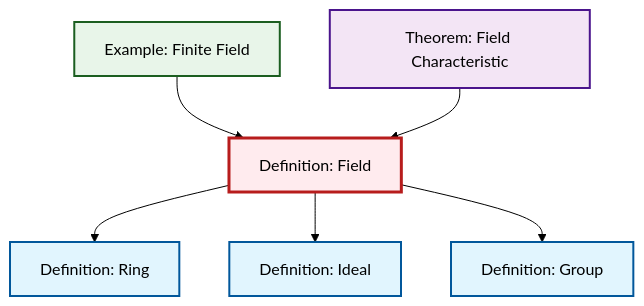
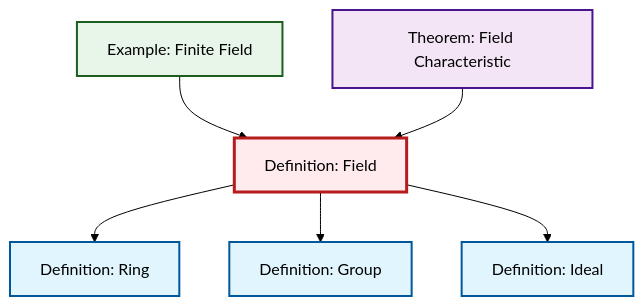
One commit to RK0429/ModernMath changed the diagram in content/ja/algebra/def-field.qmd. Above: the diagram before and after it, drawn with Mermaid (forest theme). The commit also changed other lines of this file and 417 other files, not shown here.

````diff
--- a/content/ja/algebra/def-field.qmd
+++ b/content/ja/algebra/def-field.qmd
@@ -57,26 +57,26 @@
 ```{mermaid}
 %%| fig-cap: "Local dependency graph"
 graph TD
     classDef definition fill:#e1f5fe,stroke:#01579b,stroke-width:2px
     classDef theorem fill:#f3e5f5,stroke:#4a148c,stroke-width:2px
     classDef axiom fill:#fff3e0,stroke:#e65100,stroke-width:2px
     classDef example fill:#e8f5e9,stroke:#1b5e20,stroke-width:2px
     classDef current fill:#ffebee,stroke:#b71c1c,stroke-width:3px
-    def-ideal["Definition: Ideal"]:::definition
     ex-finite-field["Example: Finite Field"]:::example
-    def-group["Definition: Group"]:::definition
     def-field["Definition: Field"]:::definition
     thm-field-characteristic["Theorem: Field Characteristic"]:::theorem
+    def-ideal["Definition: Ideal"]:::definition
+    def-group["Definition: Group"]:::definition
     def-ring["Definition: Ring"]:::definition
     def-field --> def-ring
     ex-finite-field --> def-field
+    def-field --> def-group
     def-field --> def-ideal
-    def-field --> def-group
     thm-field-characteristic --> def-field
     class def-field current
+    click ex-finite-field "ex-finite-field.html" "Example: Finite Fieldへ"
+    click thm-field-characteristic "thm-field-characteristic.html" "Theorem: Field Characteristicへ"
     click def-ideal "def-ideal.html" "Definition: Idealへ"
-    click ex-finite-field "ex-finite-field.html" "Example: Finite Fieldへ"
     click def-group "def-group.html" "Definition: Groupへ"
-    click thm-field-characteristic "thm-field-characteristic.html" "Theorem: Field Characteristicへ"
     click def-ring "def-ring.html" "Definition: Ringへ"
 ```
````
